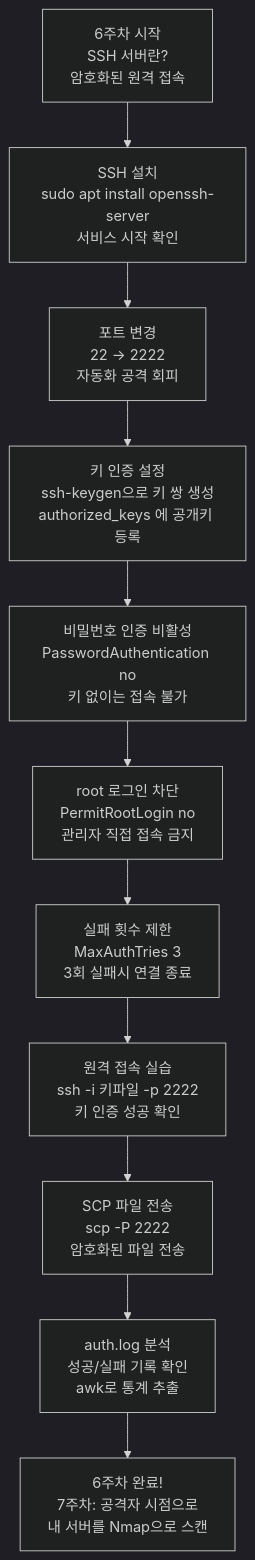
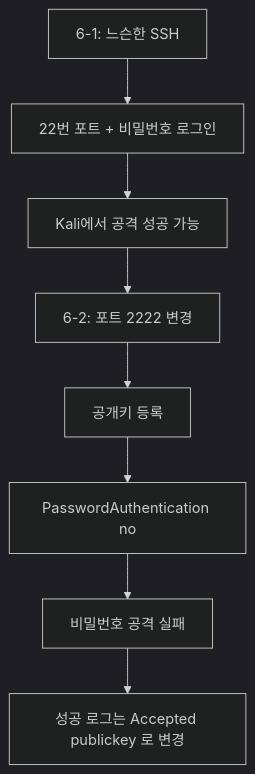
The diagram in _posts/2026-03-26-SecuritySystem-6-2.md (sbaek100/sbaek100.github.io), drawn with Mermaid (dark theme) before and after one commit. The commit also changed other lines of this file and 2 other files, not shown here.

Commit message:
Revise SSH security lecture series

````diff
--- a/_posts/2026-03-26-SecuritySystem-6-2.md
+++ b/_posts/2026-03-26-SecuritySystem-6-2.md
@@ -320,13 +312,10 @@
 ```mermaid
 flowchart TD
-    A["6주차 시작<br/>SSH 서버란?<br/>암호화된 원격 접속"] --> B["SSH 설치<br/>sudo apt install openssh-server<br/>서비스 시작 확인"]
-    B --> C["포트 변경<br/>22 → 2222<br/>자동화 공격 회피"]
-    C --> D["키 인증 설정<br/>ssh-keygen으로 키 쌍 생성<br/>authorized_keys 에 공개키 등록"]
-    D --> E["비밀번호 인증 비활성<br/>PasswordAuthentication no<br/>키 없이는 접속 불가"]
-    E --> F["root 로그인 차단<br/>PermitRootLogin no<br/>관리자 직접 접속 금지"]
-    F --> G["실패 횟수 제한<br/>MaxAuthTries 3<br/>3회 실패시 연결 종료"]
-    G --> H["원격 접속 실습<br/>ssh -i 키파일 -p 2222<br/>키 인증 성공 확인"]
-    H --> I["SCP 파일 전송<br/>scp -P 2222<br/>암호화된 파일 전송"]
-    I --> J["auth.log 분석<br/>성공/실패 기록 확인<br/>awk로 통계 추출"]
-    J --> K["6주차 완료!<br/>7주차: 공격자 시점으로<br/>내 서버를 Nmap으로 스캔"]
+    A["6-1: 느슨한 SSH"] --> B["22번 포트 + 비밀번호 로그인"]
+    B --> C["Kali에서 공격 성공 가능"]
+    C --> D["6-2: 포트 2222 변경"]
+    D --> E["공개키 등록"]
+    E --> F["PasswordAuthentication no"]
+    F --> G["비밀번호 공격 실패"]
+    G --> H["성공 로그는 Accepted publickey 로 변경"]
 ```
````
